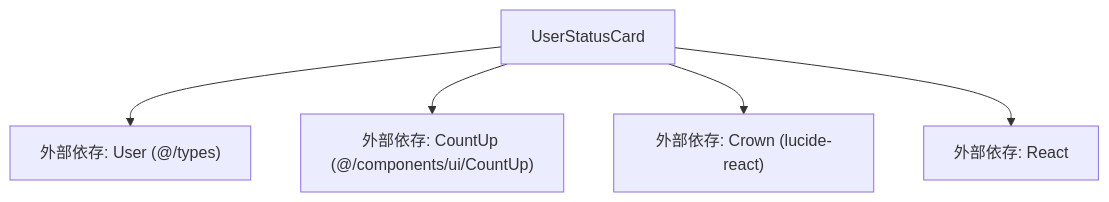
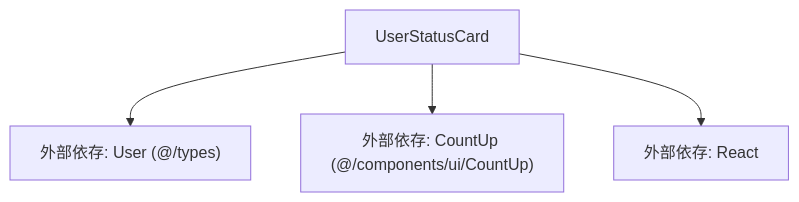
The second of 2 diagrams in docs/specifications/family-quest/src/features/family/components/UserStatusCard.md (mmtigers/my_python_project), drawn with Mermaid before and after one commit. The commit also changed other lines of this file and 65 other files, not shown here.

````diff
--- a/docs/specifications/family-quest/src/features/family/components/UserStatusCard.md
+++ b/docs/specifications/family-quest/src/features/family/components/UserStatusCard.md
@@ -94,8 +99,7 @@
 ```mermaid
 graph TD
     UserStatusCard["UserStatusCard"] --> UserType["外部依存: User (@/types)"]
     UserStatusCard --> CountUp["外部依存: CountUp (@/components/ui/CountUp)"]
-    UserStatusCard --> Crown["外部依存: Crown (lucide-react)"]
     UserStatusCard --> React["外部依存: React"]
 
 ```
````
